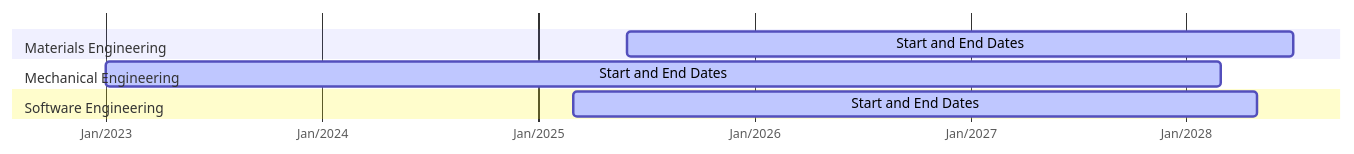
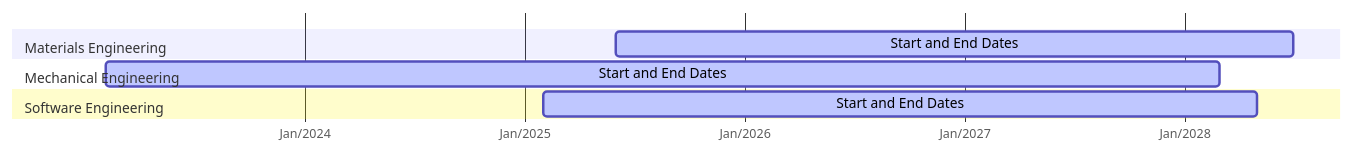
One commit to delblerferreira/delblerferreira changed the first of 3 diagrams in README.md. Above: the diagram before and after it, drawn with Mermaid.

````diff
--- a/README.md
+++ b/README.md
@@ -44,14 +44,14 @@
 ```mermaid
 gantt
     dateFormat  YYYY-MM-DD
     axisFormat  %b/%Y
 
     section Materials Engineering
-    Start and End Dates       :active, materials, 2025-06-01, 2028-06-30
+    Start and End Dates       :active, materials, 2025-06-2, 2028-06-30
 
     section Mechanical Engineering
-    Start and End Dates       :active, mechanical, 2023-01-01, 2028-02-28
+    Start and End Dates       :active, mechanical, 2023-02-06, 2028-02-28
 
     section Software Engineering
-    Start and End Dates       :active, software, 2025-03-01, 2028-04-30
+    Start and End Dates       :active, software, 2025-02-01, 2028-04-30
 ```
````
